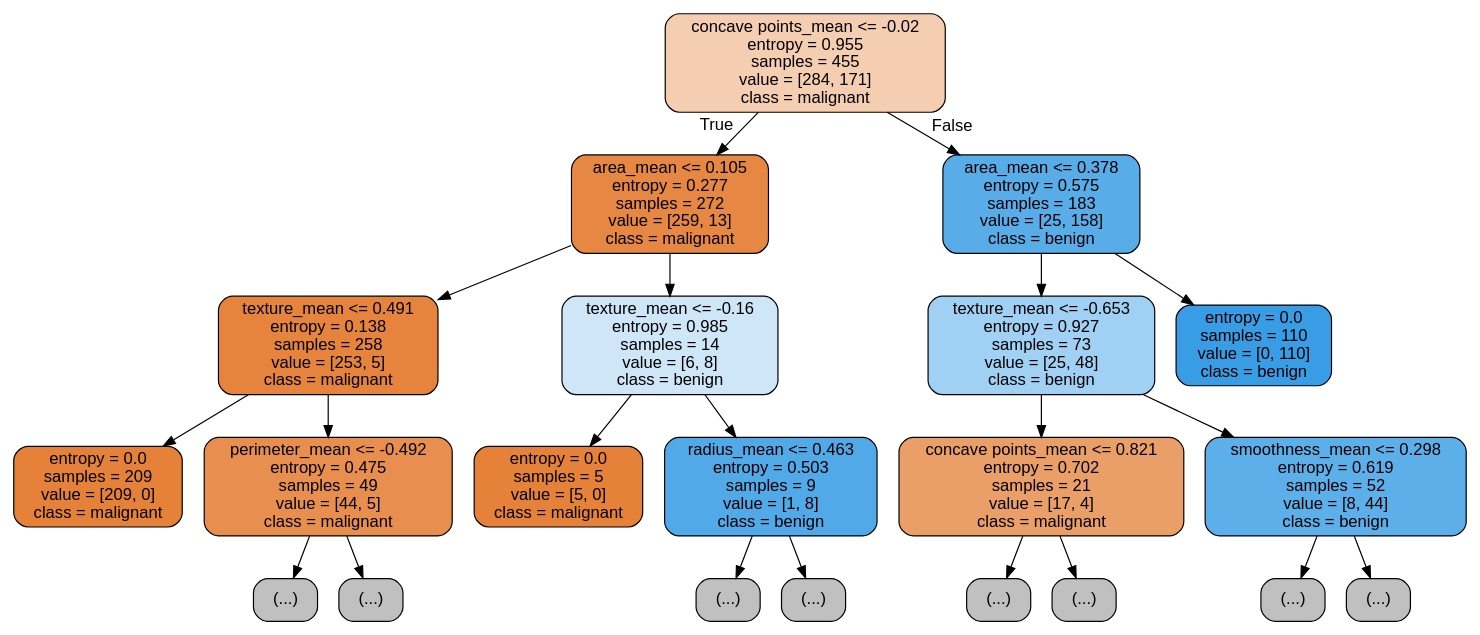
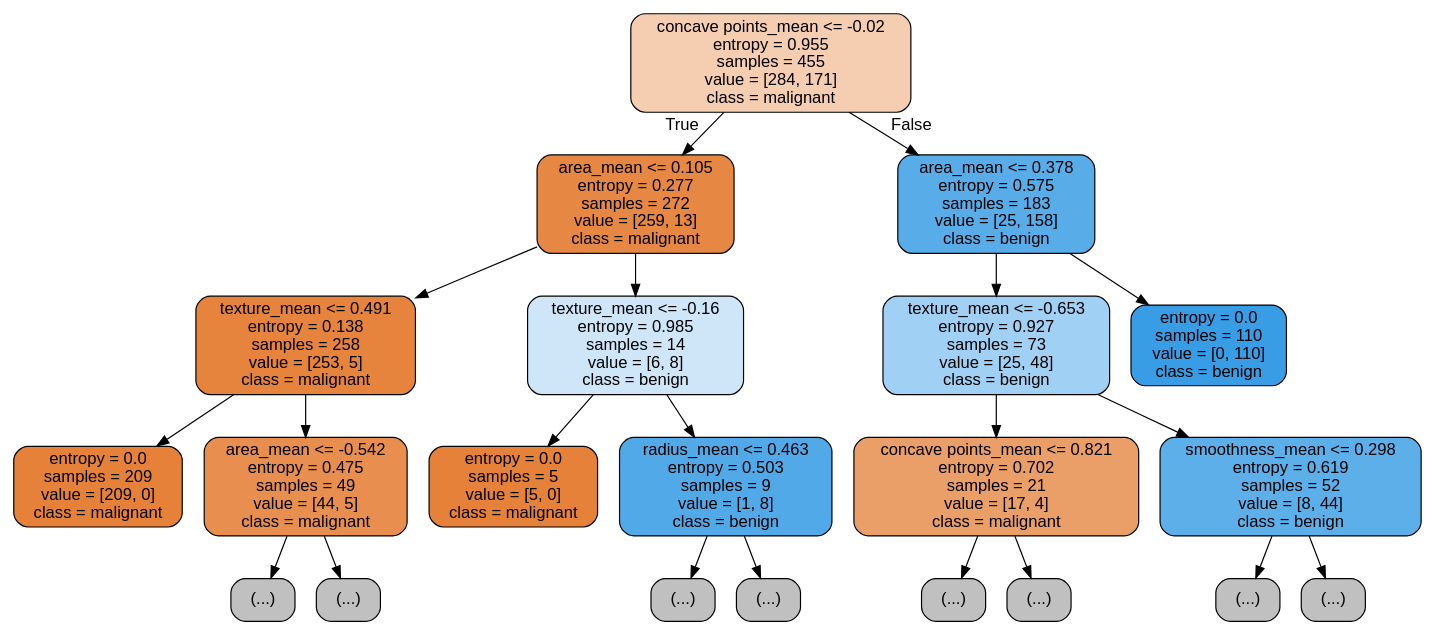
The diagram in images/tree.dot (kaylee01/Assignment3-ML), drawn with Graphviz before and after one commit. The commit also changed 1 other file, not shown here.

```diff
--- a/images/tree.dot
+++ b/images/tree.dot
@@ -1,45 +1,45 @@
 digraph Tree {
 node [shape=box, style="filled, rounded", color="black", fontname="helvetica"] ;
 edge [fontname="helvetica"] ;
 0 [label="concave points_mean <= -0.02\nentropy = 0.955\nsamples = 455\nvalue = [284, 171]\nclass = malignant", fillcolor="#f5cdb0"] ;
 1 [label="area_mean <= 0.105\nentropy = 0.277\nsamples = 272\nvalue = [259, 13]\nclass = malignant", fillcolor="#e68743"] ;
 0 -> 1 [labeldistance=2.5, labelangle=45, headlabel="True"] ;
 2 [label="texture_mean <= 0.491\nentropy = 0.138\nsamples = 258\nvalue = [253, 5]\nclass = malignant", fillcolor="#e6833d"] ;
 1 -> 2 ;
 3 [label="entropy = 0.0\nsamples = 209\nvalue = [209, 0]\nclass = malignant", fillcolor="#e58139"] ;
 2 -> 3 ;
-4 [label="perimeter_mean <= -0.492\nentropy = 0.475\nsamples = 49\nvalue = [44, 5]\nclass = malignant", fillcolor="#e88f50"] ;
+4 [label="area_mean <= -0.542\nentropy = 0.475\nsamples = 49\nvalue = [44, 5]\nclass = malignant", fillcolor="#e88f50"] ;
 2 -> 4 ;
 5 [label="(...)", fillcolor="#C0C0C0"] ;
 4 -> 5 ;
 6 [label="(...)", fillcolor="#C0C0C0"] ;
 4 -> 6 ;
-9 [label="texture_mean <= -0.16\nentropy = 0.985\nsamples = 14\nvalue = [6, 8]\nclass = benign", fillcolor="#cee6f8"] ;
-1 -> 9 ;
-10 [label="entropy = 0.0\nsamples = 5\nvalue = [5, 0]\nclass = malignant", fillcolor="#e58139"] ;
-9 -> 10 ;
-11 [label="radius_mean <= 0.463\nentropy = 0.503\nsamples = 9\nvalue = [1, 8]\nclass = benign", fillcolor="#52a9e8"] ;
-9 -> 11 ;
-12 [label="(...)", fillcolor="#C0C0C0"] ;
+11 [label="texture_mean <= -0.16\nentropy = 0.985\nsamples = 14\nvalue = [6, 8]\nclass = benign", fillcolor="#cee6f8"] ;
+1 -> 11 ;
+12 [label="entropy = 0.0\nsamples = 5\nvalue = [5, 0]\nclass = malignant", fillcolor="#e58139"] ;
 11 -> 12 ;
-13 [label="(...)", fillcolor="#C0C0C0"] ;
+13 [label="radius_mean <= 0.463\nentropy = 0.503\nsamples = 9\nvalue = [1, 8]\nclass = benign", fillcolor="#52a9e8"] ;
 11 -> 13 ;
-14 [label="area_mean <= 0.378\nentropy = 0.575\nsamples = 183\nvalue = [25, 158]\nclass = benign", fillcolor="#58ade9"] ;
-0 -> 14 [labeldistance=2.5, labelangle=-45, headlabel="False"] ;
-15 [label="texture_mean <= -0.653\nentropy = 0.927\nsamples = 73\nvalue = [25, 48]\nclass = benign", fillcolor="#a0d0f3"] ;
-14 -> 15 ;
-16 [label="concave points_mean <= 0.821\nentropy = 0.702\nsamples = 21\nvalue = [17, 4]\nclass = malignant", fillcolor="#eb9f68"] ;
-15 -> 16 ;
-17 [label="(...)", fillcolor="#C0C0C0"] ;
+14 [label="(...)", fillcolor="#C0C0C0"] ;
+13 -> 14 ;
+15 [label="(...)", fillcolor="#C0C0C0"] ;
+13 -> 15 ;
+16 [label="area_mean <= 0.378\nentropy = 0.575\nsamples = 183\nvalue = [25, 158]\nclass = benign", fillcolor="#58ade9"] ;
+0 -> 16 [labeldistance=2.5, labelangle=-45, headlabel="False"] ;
+17 [label="texture_mean <= -0.653\nentropy = 0.927\nsamples = 73\nvalue = [25, 48]\nclass = benign", fillcolor="#a0d0f3"] ;
 16 -> 17 ;
-20 [label="(...)", fillcolor="#C0C0C0"] ;
-16 -> 20 ;
-21 [label="smoothness_mean <= 0.298\nentropy = 0.619\nsamples = 52\nvalue = [8, 44]\nclass = benign", fillcolor="#5dafea"] ;
-15 -> 21 ;
+18 [label="concave points_mean <= 0.821\nentropy = 0.702\nsamples = 21\nvalue = [17, 4]\nclass = malignant", fillcolor="#eb9f68"] ;
+17 -> 18 ;
+19 [label="(...)", fillcolor="#C0C0C0"] ;
+18 -> 19 ;
 22 [label="(...)", fillcolor="#C0C0C0"] ;
-21 -> 22 ;
-25 [label="(...)", fillcolor="#C0C0C0"] ;
-21 -> 25 ;
-28 [label="entropy = 0.0\nsamples = 110\nvalue = [0, 110]\nclass = benign", fillcolor="#399de5"] ;
-14 -> 28 ;
+18 -> 22 ;
+23 [label="smoothness_mean <= 0.298\nentropy = 0.619\nsamples = 52\nvalue = [8, 44]\nclass = benign", fillcolor="#5dafea"] ;
+17 -> 23 ;
+24 [label="(...)", fillcolor="#C0C0C0"] ;
+23 -> 24 ;
+29 [label="(...)", fillcolor="#C0C0C0"] ;
+23 -> 29 ;
+32 [label="entropy = 0.0\nsamples = 110\nvalue = [0, 110]\nclass = benign", fillcolor="#399de5"] ;
+16 -> 32 ;
 }
```
